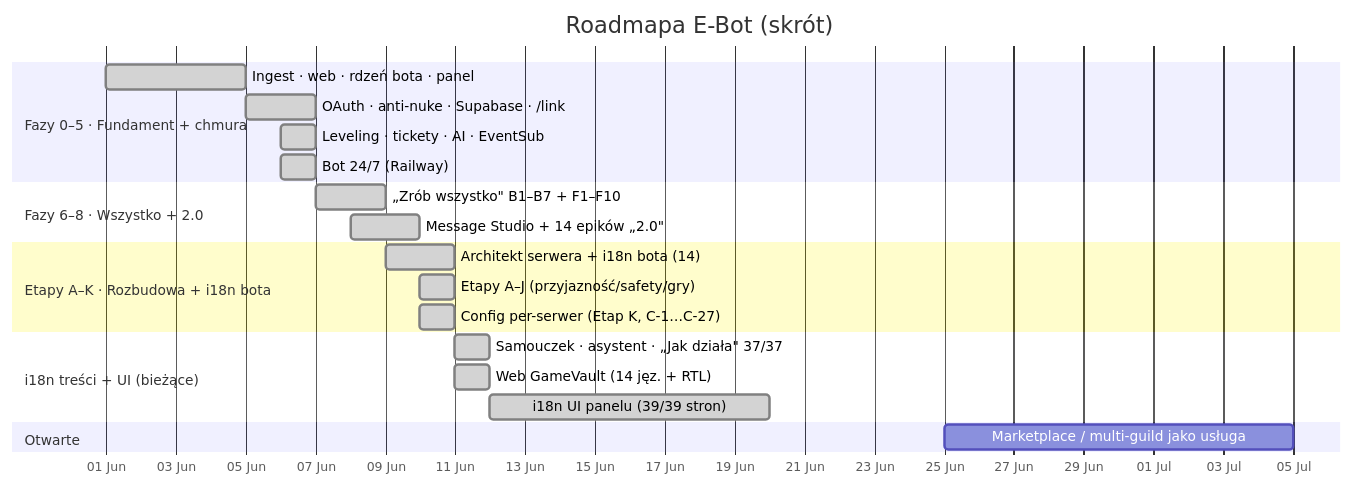
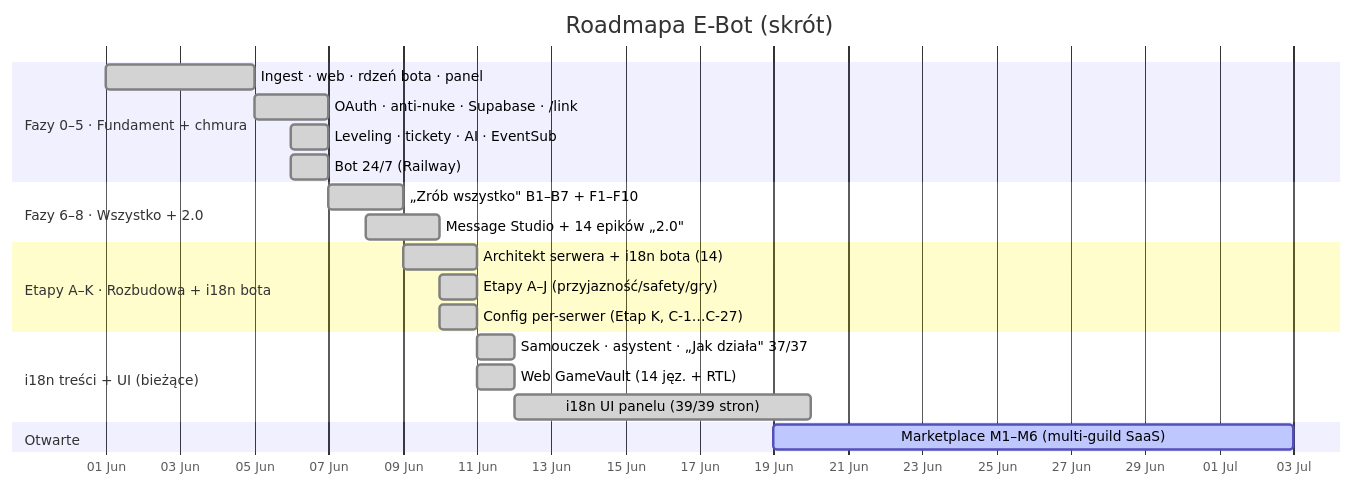
One commit to Gh0s777tt/E-Bot changed the first of 2 diagrams in docs/ROADMAP.md. Above: the diagram before and after it, drawn with Mermaid. The commit also changed other lines of this file and 5 other files, not shown here.

First line of the commit message:
feat(marketplace): M1 start — schemat danych multi-guild + decyzje (płatne + community)

````diff
--- a/docs/ROADMAP.md
+++ b/docs/ROADMAP.md
@@ -23,24 +23,24 @@
 ```mermaid
 gantt
   title Roadmapa E-Bot (skrót)
   dateFormat YYYY-MM-DD
   axisFormat %d %b
   section Fazy 0–5 · Fundament + chmura
   Ingest · web · rdzeń bota · panel    :done, f0, 2026-06-01, 4d
   OAuth · anti-nuke · Supabase · /link :done, f1, 2026-06-05, 2d
   Leveling · tickety · AI · EventSub   :done, f4, 2026-06-06, 1d
   Bot 24/7 (Railway)                   :done, f5, 2026-06-06, 1d
   section Fazy 6–8 · Wszystko + 2.0
   „Zrób wszystko" B1–B7 + F1–F10       :done, f7, 2026-06-07, 2d
   Message Studio + 14 epików „2.0"     :done, f8, 2026-06-08, 2d
   section Etapy A–K · Rozbudowa + i18n bota
   Architekt serwera + i18n bota (14)   :done, ek1, 2026-06-09, 2d
   Etapy A–J (przyjazność/safety/gry)   :done, ek2, 2026-06-10, 1d
   Config per-serwer (Etap K, C-1…C-27) :done, ek3, 2026-06-10, 1d
   section i18n treści + UI (bieżące)
   Samouczek · asystent · „Jak działa" 37/37 :done, i1, 2026-06-11, 1d
   Web GameVault (14 jęz. + RTL)        :done, i2, 2026-06-11, 1d
   i18n UI panelu (39/39 stron)         :done, i3, 2026-06-12, 8d
   section Otwarte
-  Marketplace / multi-guild jako usługa :        mk, 2026-06-25, 10d
+  Marketplace M1–M6 (multi-guild SaaS) :active, mk, 2026-06-19, 14d
 ```
````
